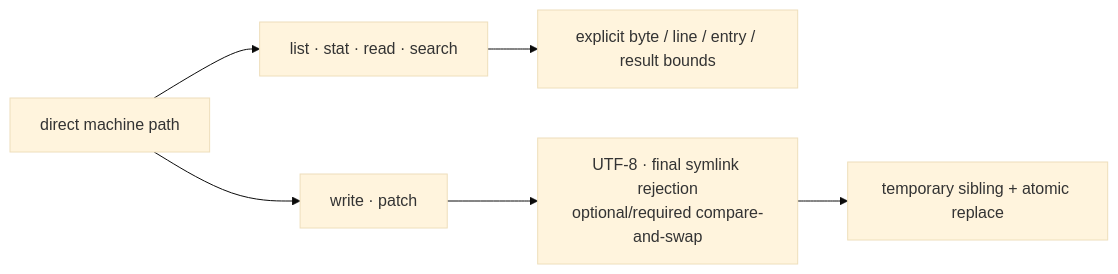
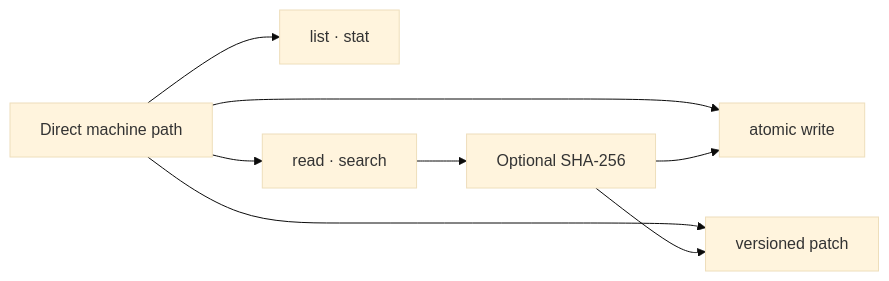
One commit to hicancan/local-runtime-mcp changed the fourth of 7 diagrams in README.md. Above: the diagram before and after it, drawn with Mermaid (base theme). The commit also changed other lines of this file and 25 other files, not shown here.

````diff
--- a/README.md
+++ b/README.md
@@ -96,8 +122,10 @@
 ```mermaid
 flowchart LR
-    Path["direct machine path"] --> Observe["list · stat · read · search"]
-    Path --> Mutate["write · patch"]
-    Observe --> Bounded["explicit byte / line / entry / result bounds"]
-    Mutate --> Validate["UTF-8 · final symlink rejection\noptional/required compare-and-swap"]
-    Validate --> Atomic["temporary sibling + atomic replace"]
+    PATH[Direct machine path] --> META[list · stat]
+    PATH --> READ[read · search]
+    PATH --> WRITE[atomic write]
+    PATH --> PATCH[versioned patch]
+    READ --> SHA[Optional SHA-256]
+    SHA --> WRITE
+    SHA --> PATCH
 ```
````
